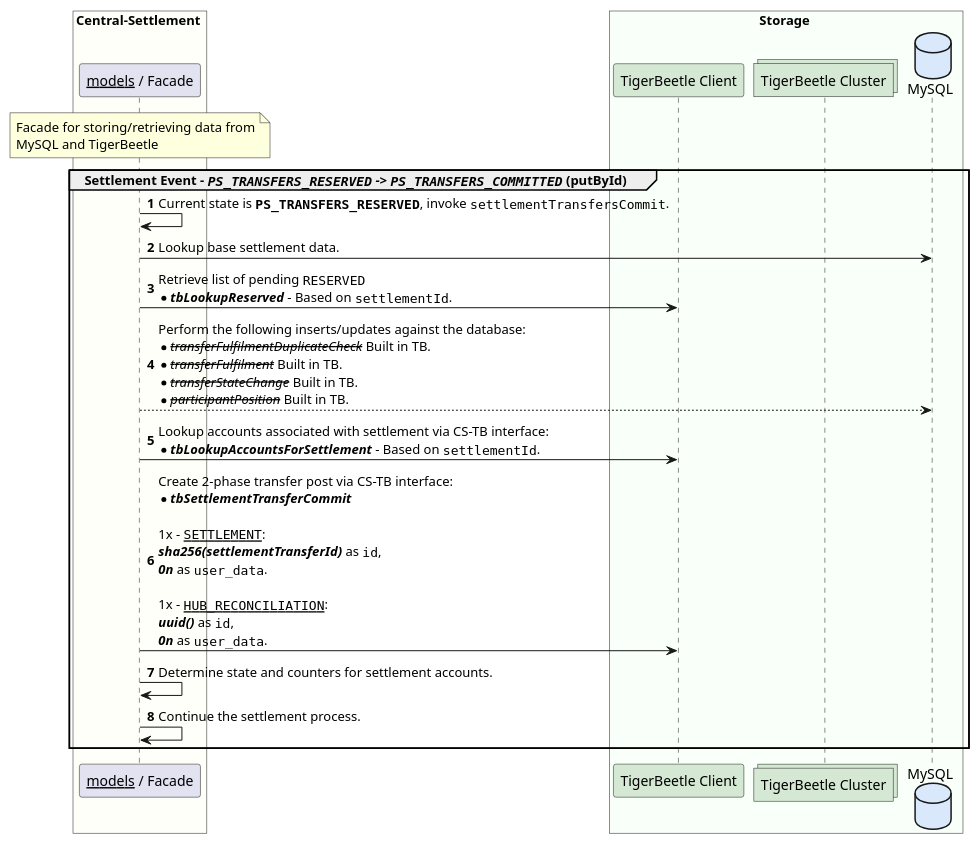
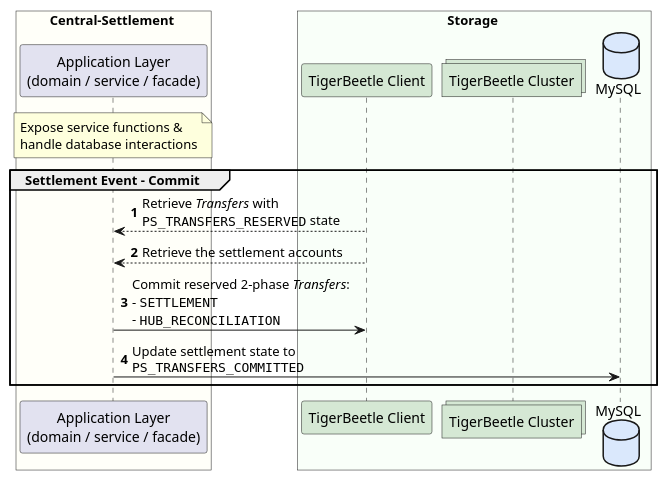
The diagram in solution_design/sequence-settlement-tb-enabled-update-by-id-03.puml (coilhq/mucoa), drawn with PlantUML before and after one commit. The commit also changed 28 other files, not shown here.

```diff
--- a/solution_design/sequence-settlement-tb-enabled-update-by-id-03.puml
+++ b/solution_design/sequence-settlement-tb-enabled-update-by-id-03.puml
@@ -1,30 +1,34 @@
 @startuml
 
 box Central-Settlement #FFFFF9
-    participant "__models__ / Facade" as cs_facade
+    participant "Application Layer\n(domain / service / facade)" as cs_domain
 
-    note over cs_facade
-        Facade for storing/retrieving data from
-        MySQL and TigerBeetle
+    note over cs_domain
+        Expose service functions &
+        handle database interactions
     end note
 end box
 
 box Storage #F9FFF9
 	participant "TigerBeetle Client" as tb_client #D5E8D4
 	collections "TigerBeetle Cluster" as tb_nodes #D5E8D4
-	database "MySQL" as cl_db #DAE8FC
+	database "MySQL" as cs_db #DAE8FC
 end box
 
 autonumber
-group Settlement Event - //""PS_TRANSFERS_RESERVED"" -> ""PS_TRANSFERS_COMMITTED""// (putById)
-    cs_facade -> cs_facade : Current state is **""PS_TRANSFERS_RESERVED""**, invoke ""settlementTransfersCommit"".
-    cs_facade -> cl_db : Lookup base settlement data.
-    cs_facade -> tb_client : Retrieve list of pending ""RESERVED""\n*//**tbLookupReserved**// - Based on ""settlementId"".
-    cs_facade --> cl_db : Perform the following inserts/updates against the database:\n*--//transferFulfilmentDuplicateCheck//-- Built in TB.\n*--//transferFulfilment//-- Built in TB.\n*--//transferStateChange//-- Built in TB.\n*--//participantPosition//-- Built in TB.
-    cs_facade -> tb_client : Lookup accounts associated with settlement via CS-TB interface:\n*//**tbLookupAccountsForSettlement**// - Based on ""settlementId"".
-    cs_facade -> tb_client : Create 2-phase transfer post via CS-TB interface:\n*//**tbSettlementTransferCommit**//\n\n1x - __""SETTLEMENT""__:\n**//sha256(settlementTransferId)//** as ""id"", \n**//0n//** as ""user_data"".\n\n1x - __""HUB_RECONCILIATION""__:\n**//uuid()//** as ""id"", \n**//0n//** as ""user_data"".
-    cs_facade -> cs_facade : Determine state and counters for settlement accounts.
-    cs_facade -> cs_facade : Continue the settlement process.
+'group Settlement Event - //""PS_TRANSFERS_RESERVED"" -> ""PS_TRANSFERS_COMMITTED""// (putById)
+group Settlement Event - Commit
+    'cs_domain -> cs_domain : Current state is **""PS_TRANSFERS_RESERVED""**, invoke ""settlementTransfersCommit"".
+    'cs_domain -> cs_db : Lookup base settlement data.
+    cs_domain <-- tb_client : Retrieve //Transfers// with \n""PS_TRANSFERS_RESERVED"" state
+    'cs_domain -> tb_client : Retrieve list of pending ""RESERVED""\n*//**tbLookupReserved**// - Based on ""settlementId"".
+    'cs_domain --> cs_db : Perform the following inserts/updates against the database:\n*--//transferFulfilmentDuplicateCheck//-- Built in TB.\n*--//transferFulfilment//-- Built in TB.\n*--//transferStateChange//-- Built in TB.\n*--//participantPosition//-- Built in TB.
+    'cs_domain -> tb_client : Lookup accounts associated with settlement via CS-TB interface:\n*//**tbLookupAccountsForSettlement**// - Based on ""settlementId"".
+    cs_domain <-- tb_client : Retrieve the settlement accounts
+    cs_domain -> tb_client : Commit reserved 2-phase //Transfers//:\n- ""SETTLEMENT""\n- ""HUB_RECONCILIATION""
+    cs_domain -> cs_db : Update settlement state to \n""PS_TRANSFERS_COMMITTED""
+    'cs_domain -> cs_domain : Determine state and counters for settlement accounts.
+    'cs_domain -> cs_domain : Continue the settlement process.
 end
 
 @enduml
```
